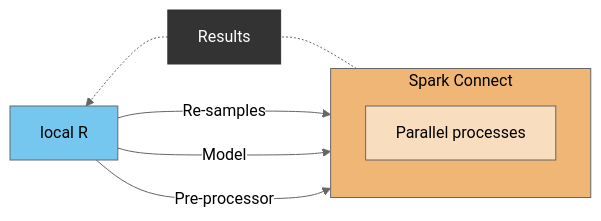
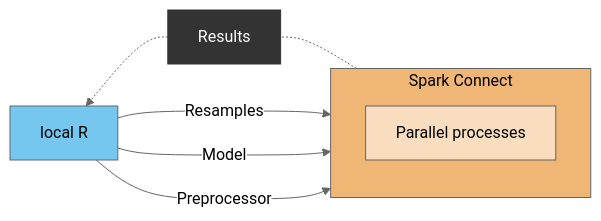
One commit to rstudio/spark.rstudio.com changed the first of 4 diagrams in guides/tune_tidymodels_spark.qmd. Above: the diagram before and after it, drawn with Mermaid (neutral theme). The commit also changed other lines of this file, not shown here.

Commit message:
Removes dash from resamples and preprocessor

````diff
--- a/guides/tune_tidymodels_spark.qmd
+++ b/guides/tune_tidymodels_spark.qmd
@@ -37,16 +37,16 @@
 ```{mermaid}
 %%| fig-width: 6
 flowchart RL
   subgraph sc [Spark Connect]
    p[Parallel processes]
   end
-  r[local R]  -- Re-samples --> sc
+  r[local R]  -- Resamples --> sc
   sc -.- rs[Results] -.-> r
   r -- Model --> sc
-  r -- Pre-processor --> sc
+  r -- Preprocessor --> sc
   style sc fill:#F0B675,stroke:#666,color:#000;
   style p fill:#F8DDBF,stroke:#666,color:#000;
   style r fill:#75C7F0,stroke:#666,color:#000;
   style rs fill:#333,stroke:#333,color:#fff;
   linkStyle default stroke:#666,color:#000
 ```
````
